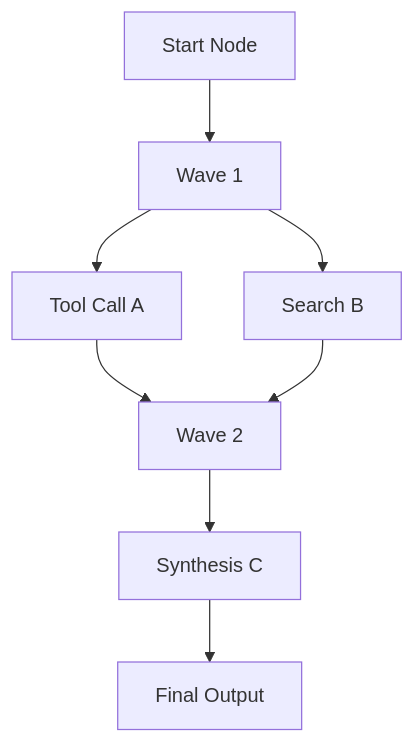
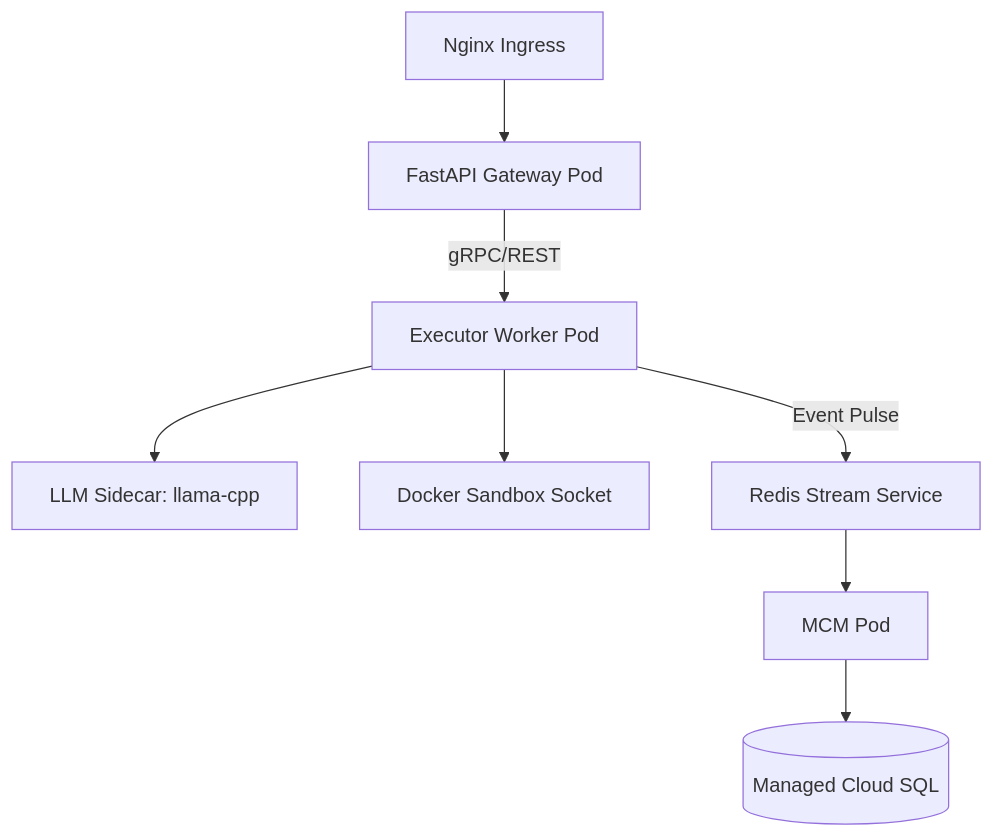
Before and after one commit to Blackdrg/levi-ai-innovate: the seventh of 12 diagrams in README.md, drawn with Mermaid. The commit also changed other lines of this file and 34 other files, not shown here.

Commit message:
feat: finalize production documentation and architectural hardening

````diff
--- a/README.md
+++ b/README.md
@@ -936,10 +191,10 @@
 ```mermaid
 graph TD
-    Node1[Start Node] --> Wave1[Wave 1]
-    Wave1 --> NodeA[Tool Call A]
-    Wave1 --> NodeB[Search B]
-    NodeA --> Wave2[Wave 2]
-    NodeB --> Wave2
-    Wave2 --> NodeC[Synthesis C]
-    NodeC --> End[Final Output]
+    Ingress[Nginx Ingress] --> API[FastAPI Gateway Pod]
+    API -- "gRPC/REST" --> Worker[Executor Worker Pod]
+    Worker --> Sidecar[LLM Sidecar: llama-cpp]
+    Worker --> Sandbox[Docker Sandbox Socket]
+    Worker -- "Event Pulse" --> Stream[Redis Stream Service]
+    Stream --> MCM[MCM Pod]
+    MCM --> DB[(Managed Cloud SQL)]
 ```
````
